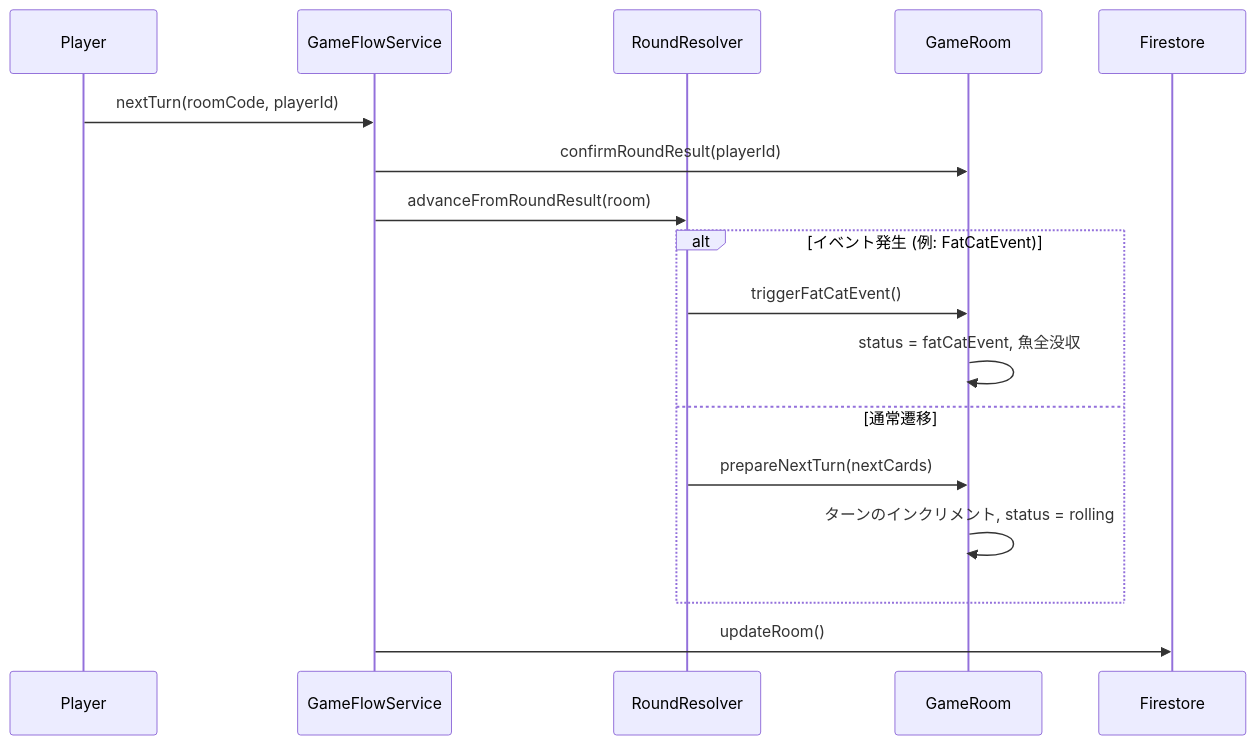
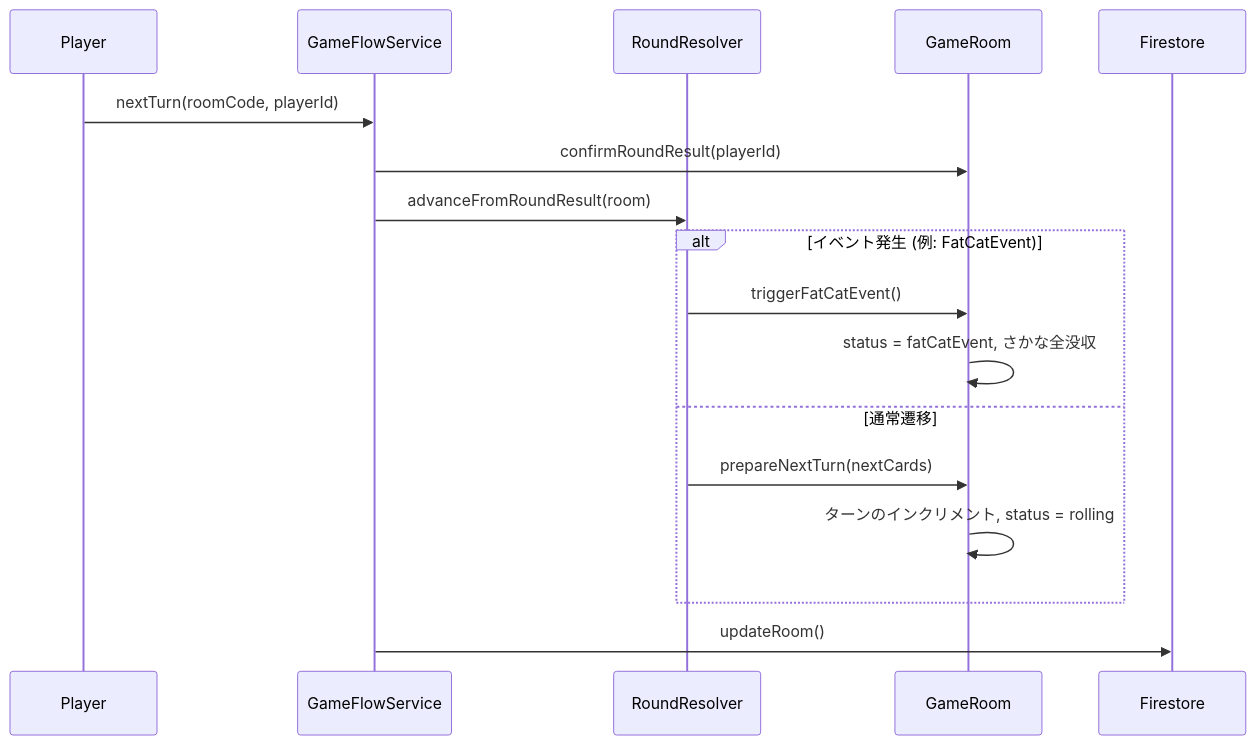
The sixth of 8 diagrams in docs/architecture/05_data_flow.md (YotaMomose/battle_for_the_cats_), drawn with Mermaid before and after one commit. The commit also changed other lines of this file and 42 other files, not shown here.

````diff
--- a/docs/architecture/05_data_flow.md
+++ b/docs/architecture/05_data_flow.md
@@ -122,22 +122,22 @@
 ```mermaid
 sequenceDiagram
     participant P as Player
     participant GS as GameFlowService
     participant RR as RoundResolver
     participant GR as GameRoom
     participant FS as Firestore
     
     P->>GS: nextTurn(roomCode, playerId)
     GS->>GR: confirmRoundResult(playerId)
     GS->>RR: advanceFromRoundResult(room)
     
     alt イベント発生 (例: FatCatEvent)
         RR->>GR: triggerFatCatEvent()
-        GR->>GR: status = fatCatEvent, 魚全没収
+        GR->>GR: status = fatCatEvent, さかな全没収
     else 通常遷移
         RR->>GR: prepareNextTurn(nextCards)
         GR->>GR: ターンのインクリメント, status = rolling
     end
     
     GS->>FS: updateRoom()
 ```
````
